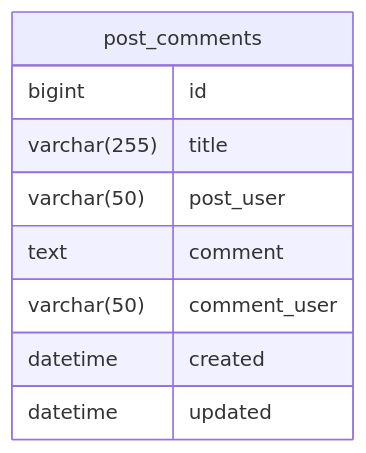
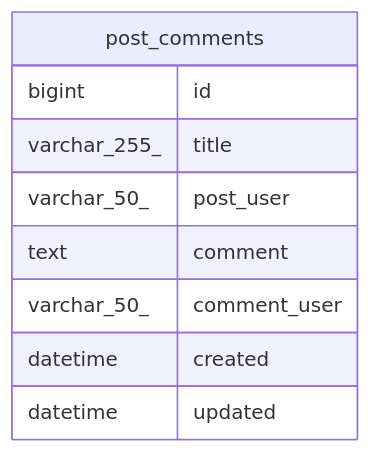
The diagram in sample/mermaid/post_comments.md (k1LoW/tbls), drawn with Mermaid before and after one commit. The commit also changed 10 other files, not shown here.

````diff
--- a/sample/mermaid/post_comments.md
+++ b/sample/mermaid/post_comments.md
@@ -36,14 +36,14 @@
 ```mermaid
 erDiagram
 
 
 "post_comments" {
   bigint id
-  varchar(255) title
-  varchar(50) post_user
+  varchar_255_ title
+  varchar_50_ post_user
   text comment
-  varchar(50) comment_user
+  varchar_50_ comment_user
   datetime created
   datetime updated
 }
 ```
````
